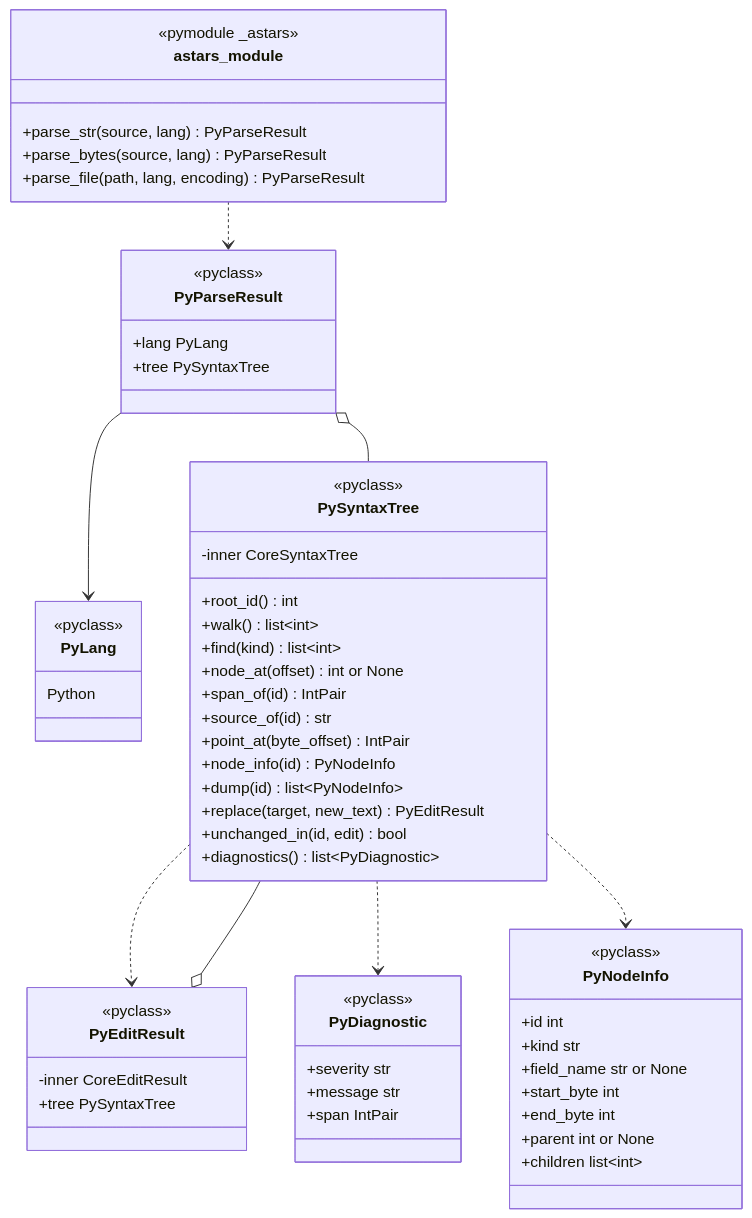
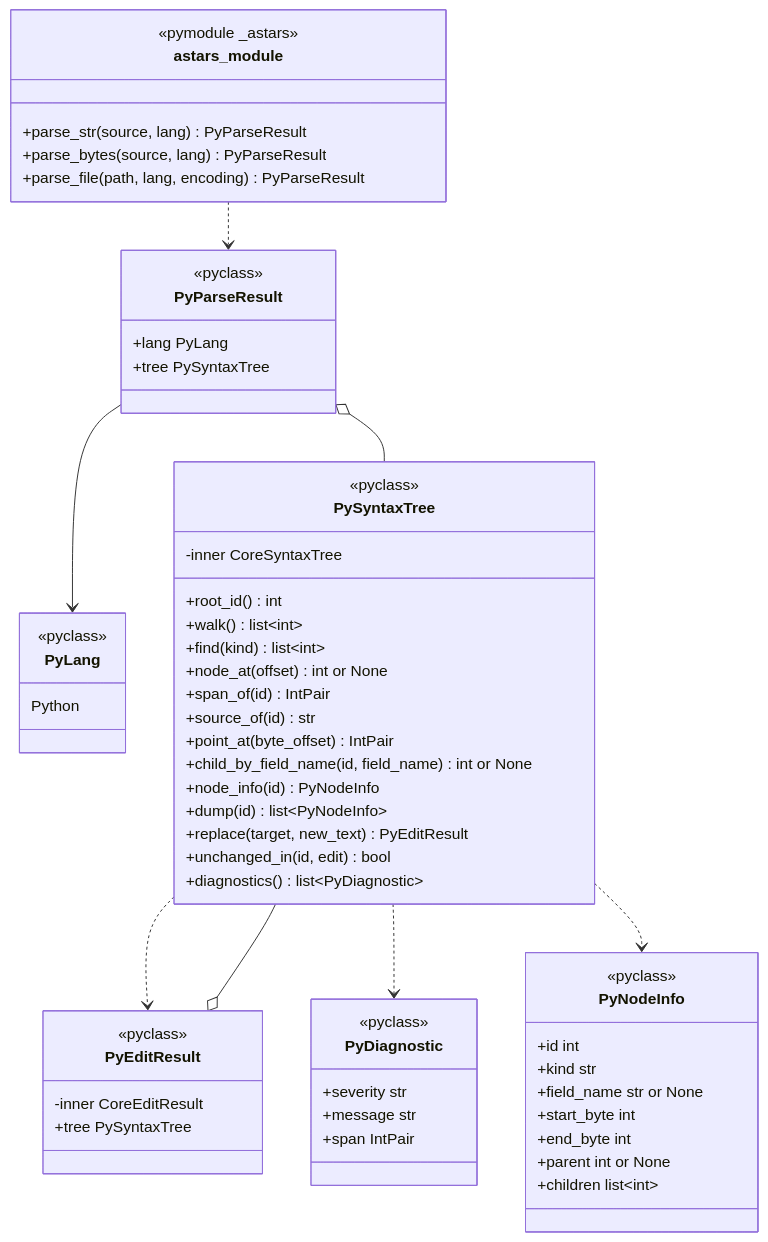
The second of 4 diagrams in docs/architecture/ARCHITECTURE.ja.md (xwasoux/astars), drawn with Mermaid before and after one commit. The commit also changed other lines of this file and 8 other files, not shown here.

````diff
--- a/docs/architecture/ARCHITECTURE.ja.md
+++ b/docs/architecture/ARCHITECTURE.ja.md
@@ -131,63 +133,64 @@
 ```mermaid
 classDiagram
     class PyLang {
         <<pyclass>>
         Python
     }
     class PyNodeInfo {
         <<pyclass>>
         +id int
         +kind str
         +field_name str or None
         +start_byte int
         +end_byte int
         +parent int or None
         +children list~int~
     }
     class PyDiagnostic {
         <<pyclass>>
         +severity str
         +message str
         +span IntPair
     }
     class PySyntaxTree {
         <<pyclass>>
         -inner CoreSyntaxTree
         +root_id() int
         +walk() list~int~
         +find(kind) list~int~
         +node_at(offset) int or None
         +span_of(id) IntPair
         +source_of(id) str
         +point_at(byte_offset) IntPair
+        +child_by_field_name(id, field_name) int or None
         +node_info(id) PyNodeInfo
         +dump(id) list~PyNodeInfo~
         +replace(target, new_text) PyEditResult
         +unchanged_in(id, edit) bool
         +diagnostics() list~PyDiagnostic~
     }
     class PyEditResult {
         <<pyclass>>
         -inner CoreEditResult
         +tree PySyntaxTree
     }
     class PyParseResult {
         <<pyclass>>
         +lang PyLang
         +tree PySyntaxTree
     }
     class astars_module {
         <<pymodule _astars>>
         +parse_str(source, lang) PyParseResult
         +parse_bytes(source, lang) PyParseResult
         +parse_file(path, lang, encoding) PyParseResult
     }
 
     astars_module ..> PyParseResult
     PyParseResult o-- PySyntaxTree
     PyParseResult --> PyLang
     PySyntaxTree ..> PyEditResult
     PyEditResult o-- PySyntaxTree
     PySyntaxTree ..> PyDiagnostic
     PySyntaxTree ..> PyNodeInfo
 ```
````
